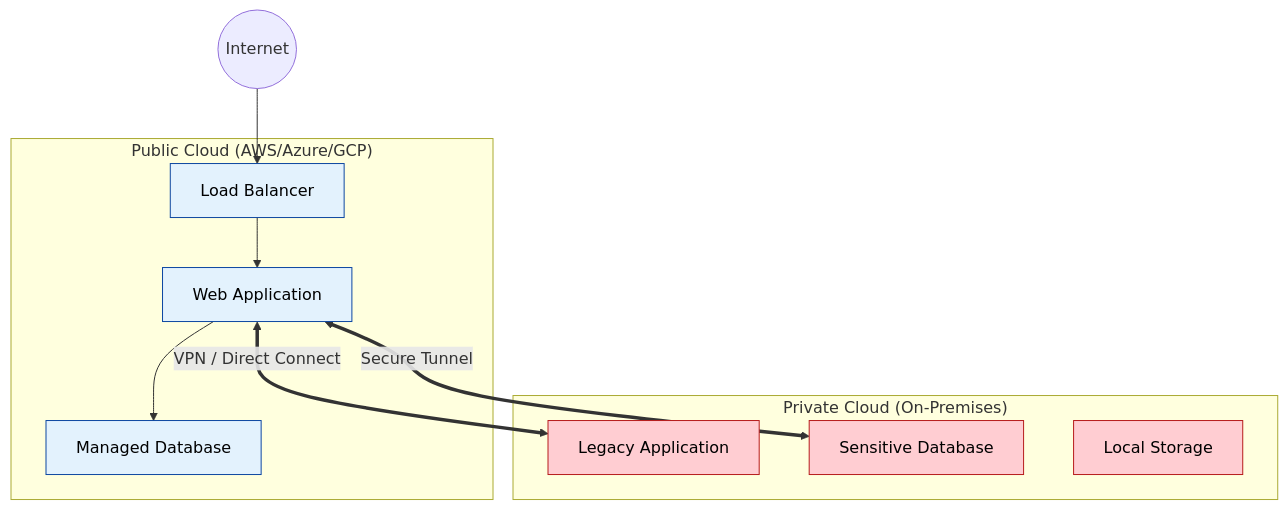
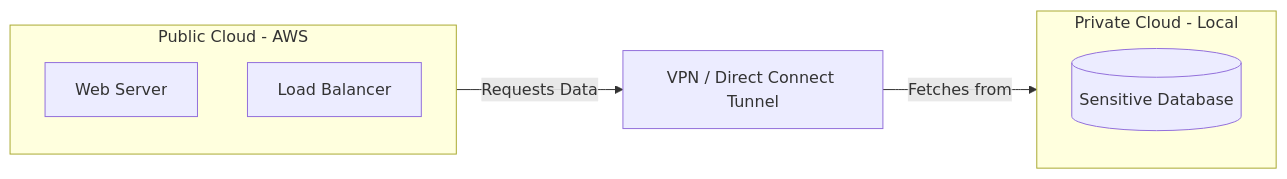
One commit to Ganil151/Devops changed the diagram in 1-Beginner/01-Phase-1/07-Cloud-Foundations/04-Cloud-Fundamentals/Deployment-Models/README.md. Above: the diagram before and after it, drawn with Mermaid. The commit also changed other lines of this file and 75 other files, not shown here.

````diff
--- a/1-Beginner/01-Phase-1/07-Cloud-Foundations/04-Cloud-Fundamentals/Deployment-Models/README.md
+++ b/1-Beginner/01-Phase-1/07-Cloud-Foundations/04-Cloud-Fundamentals/Deployment-Models/README.md
@@ -308,30 +66,15 @@
 ```mermaid
-graph TB
-    subgraph "Public Cloud (AWS/Azure/GCP)"
-        Pub_LB[Load Balancer]
-        Pub_App[Web Application]
-        Pub_DB[Managed Database]
+graph LR
+    subgraph Private[Private Cloud - Local]
+        DB[(Sensitive Database)]
     end
-
-subgraph "Private Cloud (On-Premises)"
-        Priv_App[Legacy Application]
-        Priv_DB[Sensitive Database]
-        Priv_Store[Local Storage]
+    
+    Bridge[VPN / Direct Connect Tunnel]
+    
+    subgraph Public[Public Cloud - AWS]
+        Web[Web Server]
+        LB[Load Balancer]
     end
-
-Internet((Internet)) --> Pub_LB
-    Pub_LB --> Pub_App
-    Pub_App --> Pub_DB
-
-%% Hybrid Connectivity
-    Pub_App <== "VPN / Direct Connect" ==> Priv_App
-    Pub_App <== "Secure Tunnel" ==> Priv_DB
-
-style Pub_LB fill:#e3f2fd,stroke:#0d47a1,color:#000000
-    style Pub_App fill:#e3f2fd,stroke:#0d47a1,color:#000000
-    style Pub_DB fill:#e3f2fd,stroke:#0d47a1,color:#000000
-
-style Priv_App fill:#ffcdd2,stroke:#b71c1c,color:#000000
-    style Priv_DB fill:#ffcdd2,stroke:#b71c1c,color:#000000
-    style Priv_Store fill:#ffcdd2,stroke:#b71c1c,color:#000000
+    
+    Public -- Requests Data --> Bridge -- Fetches from --> Private
 ```
````
